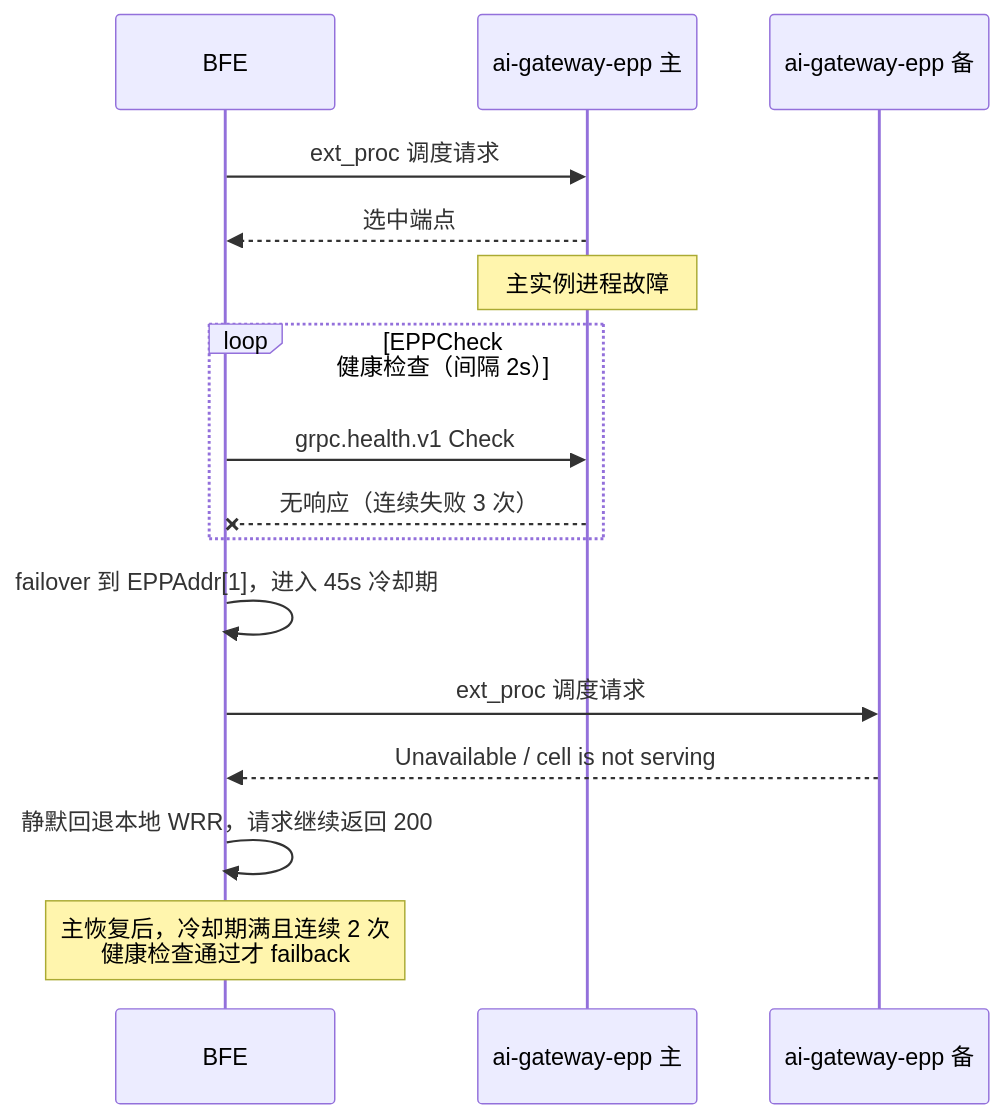
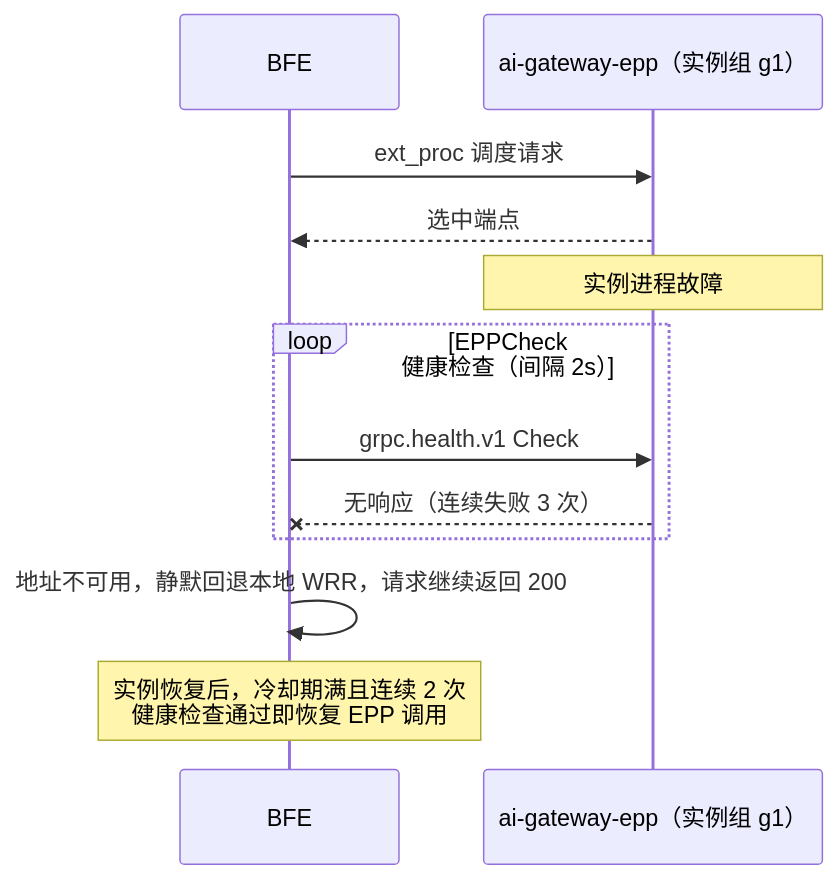
Before and after one commit to mileszhang2016/rainway-book: the second of 2 diagrams in operation/chapter26-epp-scheduling-operation.md, drawn with Mermaid. The commit also changed other lines of this file and 78 other files, not shown here.

Commit message:
docs: 全书对齐 v0.8.0 最新组件版本（Dashboard v0.0.11、新增 ai-gateway-controller v1.1.0；补充角色体系、批量任务、批量限流、EPP 运行时参数、K8s 池发现与错误契约等）（中英双语）

````diff
--- a/operation/chapter26-epp-scheduling-operation.md
+++ b/operation/chapter26-epp-scheduling-operation.md
@@ -337,19 +348,15 @@
 ```mermaid
 sequenceDiagram
     participant BFE
-    participant E0 as ai-gateway-epp 主
-    participant E1 as ai-gateway-epp 备
+    participant E0 as ai-gateway-epp（实例组 g1）
 
     BFE->>E0: ext_proc 调度请求
     E0-->>BFE: 选中端点
-    Note over E0: 主实例进程故障
+    Note over E0: 实例进程故障
     loop EPPCheck 健康检查（间隔 2s）
         BFE->>E0: grpc.health.v1 Check
         E0--xBFE: 无响应（连续失败 3 次）
     end
-    BFE->>BFE: failover 到 EPPAddr[1]，进入 45s 冷却期
-    BFE->>E1: ext_proc 调度请求
-    E1-->>BFE: Unavailable / cell is not serving
-    BFE->>BFE: 静默回退本地 WRR，请求继续返回 200
-    Note over BFE: 主恢复后，冷却期满且连续 2 次<br/>健康检查通过才 failback
+    BFE->>BFE: 地址不可用，静默回退本地 WRR，请求继续返回 200
+    Note over BFE: 实例恢复后，冷却期满且连续 2 次<br/>健康检查通过即恢复 EPP 调用
 ```
````
